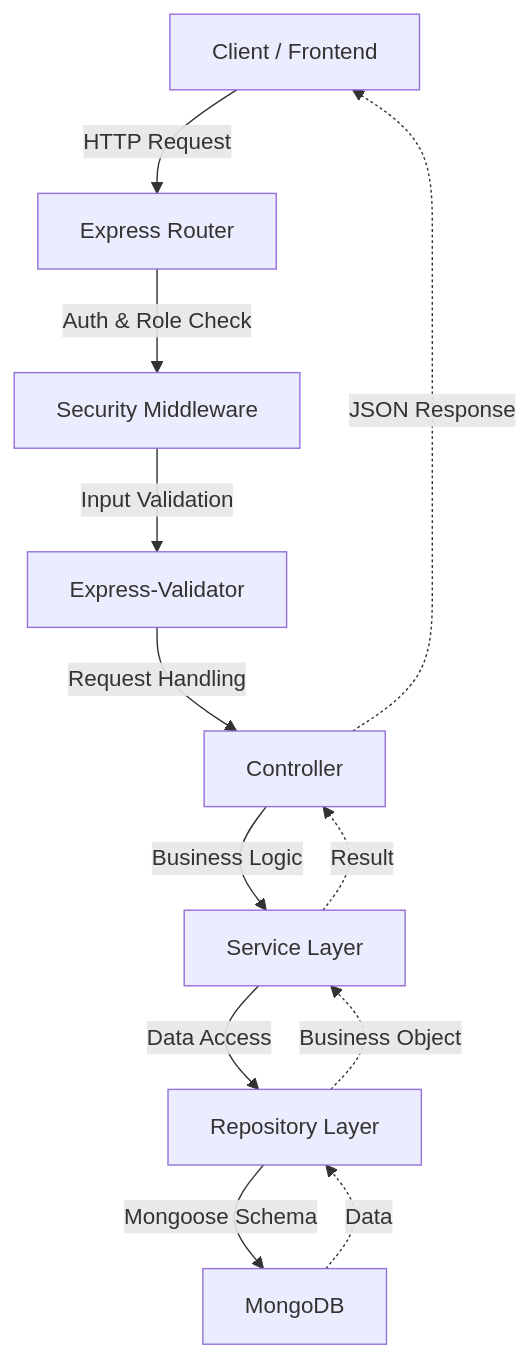
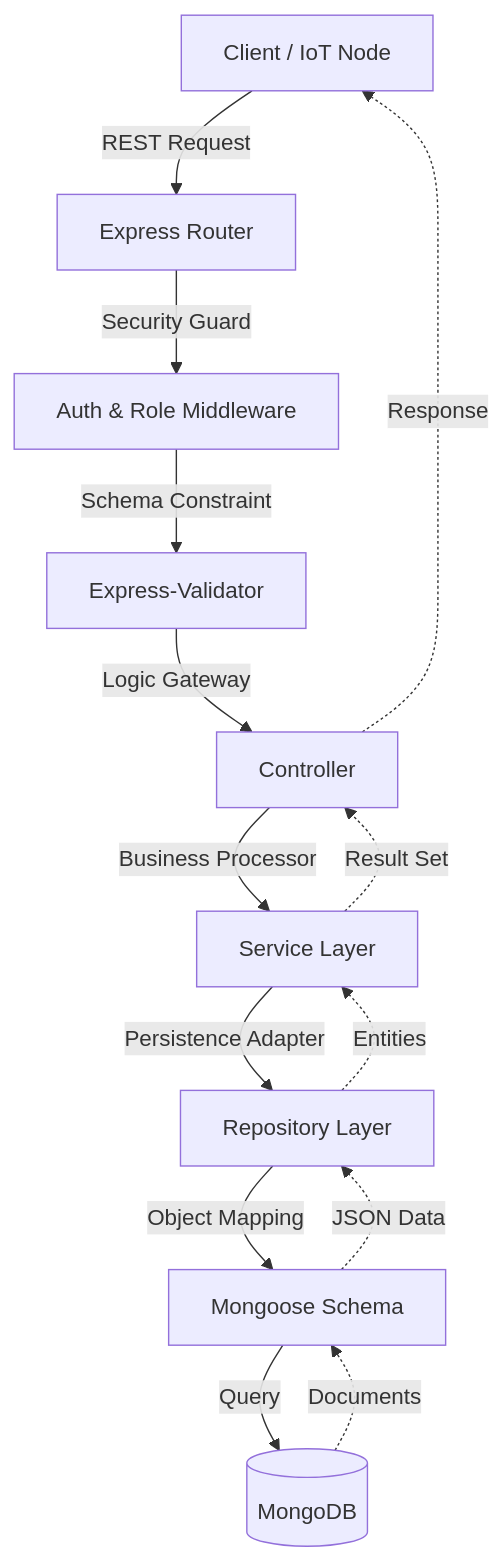
Before and after one commit to RUSIRUDEVINDA/Life-On-Land: the diagram in README.md, drawn with Mermaid. The commit also changed other lines of this file, not shown here.

````diff
--- a/README.md
+++ b/README.md
@@ -21,15 +30,17 @@
 ```mermaid
 graph TD
-    A[Client / Frontend] -->|HTTP Request| B[Express Router]
-    B -->|Auth & Role Check| C[Security Middleware]
-    C -->|Input Validation| D[Express-Validator]
-    D -->|Request Handling| E[Controller]
-    E -->|Business Logic| F[Service Layer]
-    F -->|Data Access| G[Repository Layer]
-    G -->|Mongoose Schema| H[MongoDB]
+    A[Client / IoT Node] -->|REST Request| B[Express Router]
+    B -->|Security Guard| C[Auth & Role Middleware]
+    C -->|Schema Constraint| D[Express-Validator]
+    D -->|Logic Gateway| E[Controller]
+    E -->|Business Processor| F[Service Layer]
+    F -->|Persistence Adapter| G[Repository Layer]
+    G -->|Object Mapping| H[Mongoose Schema]
+    H -->|Query| I[(MongoDB)]
     
-    H -.->|Data| G
-    G -.->|Business Object| F
-    F -.->|Result| E
-    E -.->|JSON Response| A
+    I -.->|Documents| H
+    H -.->|JSON Data| G
+    G -.->|Entities| F
+    F -.->|Result Set| E
+    E -.->|Response| A
 ```
````
